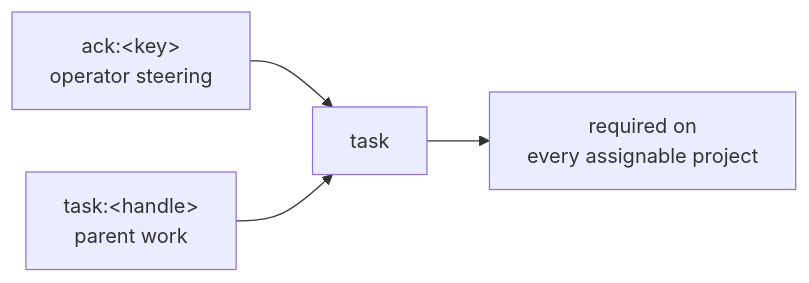
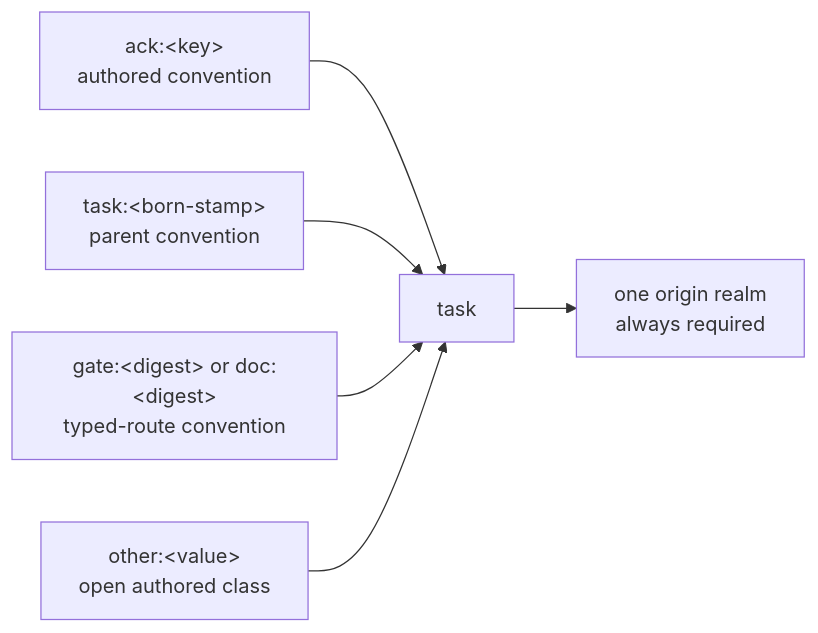
The tenth of 25 diagrams in docs/product/value.md (infimalabs/spice-rust), drawn with Mermaid before and after one commit. The commit also changed other lines of this file and 71 other files, not shown here.

````diff
--- a/docs/product/value.md
+++ b/docs/product/value.md
@@ -189,6 +214,8 @@
 ```mermaid
 flowchart LR
-  A["ack:&lt;key&gt;<br/>operator steering"] --> T[task]
-  P["task:&lt;handle&gt;<br/>parent work"] --> T
-  T --> B["required on<br/>every assignable project"]
+  A["ack:&lt;key&gt;<br/>authored convention"] --> T[task]
+  P["task:&lt;born-stamp&gt;<br/>parent convention"] --> T
+  S["gate:&lt;digest&gt; or doc:&lt;digest&gt;<br/>typed-route convention"] --> T
+  O["other:&lt;value&gt;<br/>open authored class"] --> T
+  T --> B["one origin realm<br/>always required"]
 ```
````
